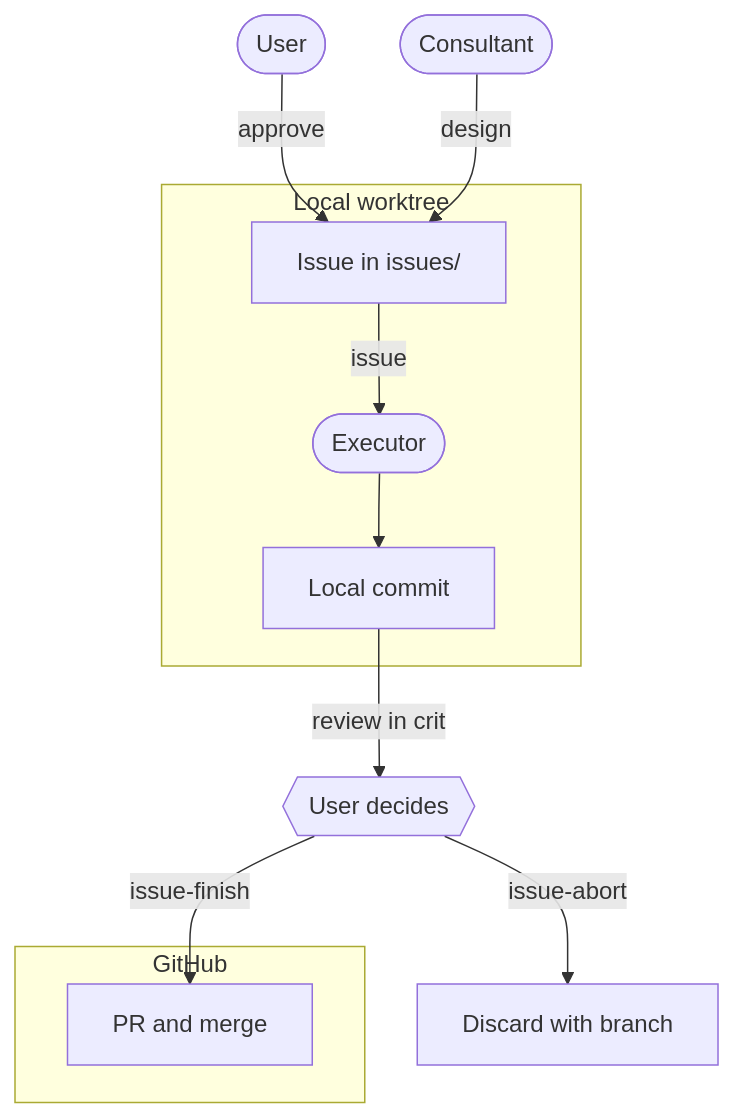
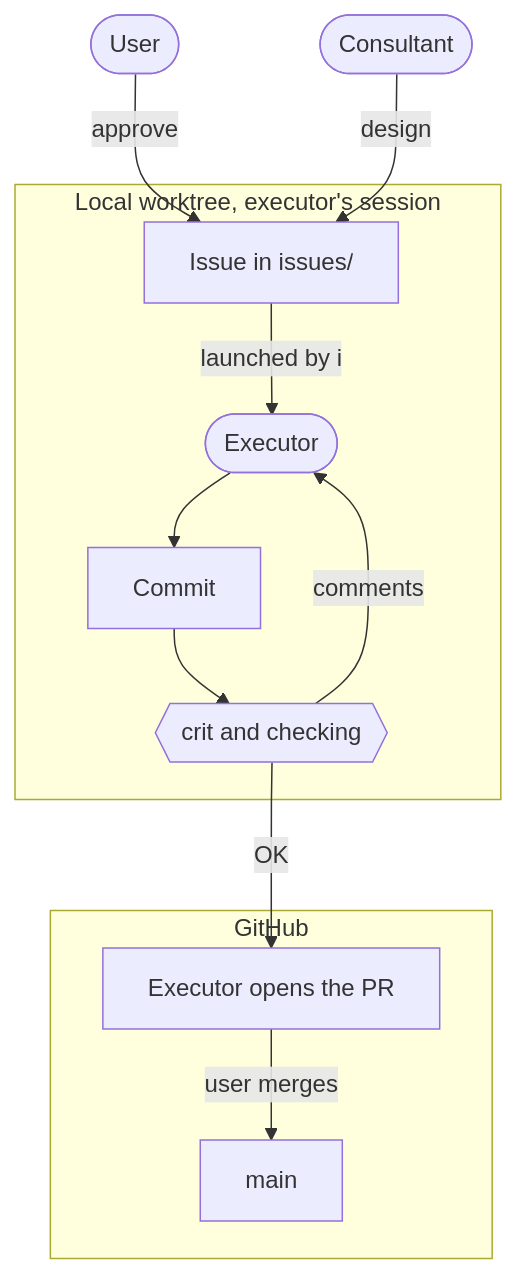
One commit to yktsnet/dotfiles-public changed the diagram in README.en.md. Above: the diagram before and after it, drawn with Mermaid. The commit also changed other lines of this file and 6 other files, not shown here.

````diff
--- a/README.en.md
+++ b/README.en.md
@@ -84,15 +84,15 @@
 ```mermaid
 flowchart TD
     U([User]) -->|approve| I[Issue in issues/]
     C([Consultant]) -->|design| I
-    subgraph local [Local worktree]
-        I -->|issue| E([Executor])
-        E --> L[Local commit]
+    subgraph local [Local worktree, executor's session]
+        I -->|launched by i| E([Executor])
+        E --> L[Commit]
+        L --> V{{crit and checking}}
+        V -->|comments| E
     end
-    L -->|review in crit| R{{User decides}}
-    R -->|issue-abort| X[Discard with branch]
+    V -->|OK| P
     subgraph remote [GitHub]
-        P[PR and merge]
+        P[Executor opens the PR] -->|user merges| M[main]
     end
-    R -->|issue-finish| P
 ```
````
